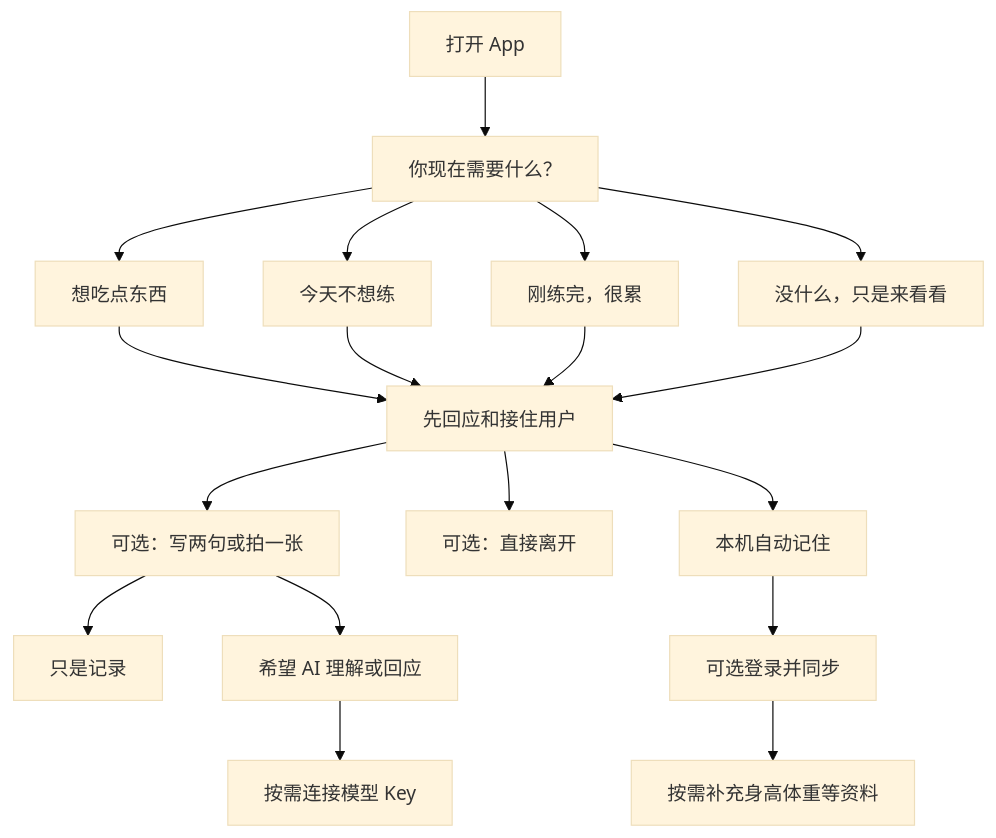
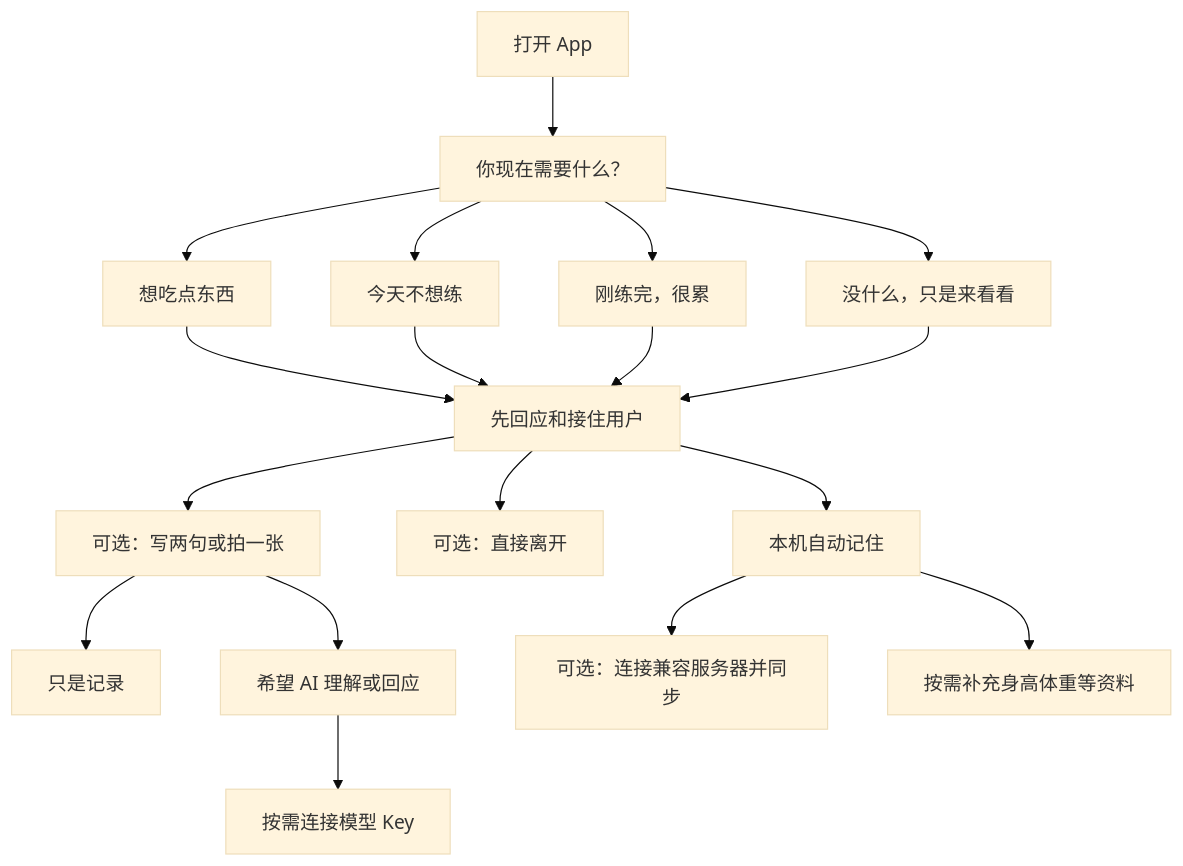
One commit to oukeming64-tech/different-diary changed the diagram in docs/01-功能线路图.md. Above: the diagram before and after it, drawn with Mermaid (base theme). The commit also changed other lines of this file and 5 other files, not shown here.

````diff
--- a/docs/01-功能线路图.md
+++ b/docs/01-功能线路图.md
@@ -38,23 +38,23 @@
 ```mermaid
 flowchart TD
     A["打开 App"] --> B["你现在需要什么？"]
     B --> C["想吃点东西"]
     B --> D["今天不想练"]
     B --> E["刚练完，很累"]
     B --> F["没什么，只是来看看"]
 
     C --> G["先回应和接住用户"]
     D --> G
     E --> G
     F --> G
 
     G --> H["可选：写两句或拍一张"]
     G --> I["可选：直接离开"]
     H --> J["只是记录"]
     H --> K["希望 AI 理解或回应"]
     K --> L["按需连接模型 Key"]
 
     G --> M["本机自动记住"]
-    M --> N["可选登录并同步"]
-    N --> O["按需补充身高体重等资料"]
+    M --> N["可选：连接兼容服务器并同步"]
+    M --> O["按需补充身高体重等资料"]
 ```
````
